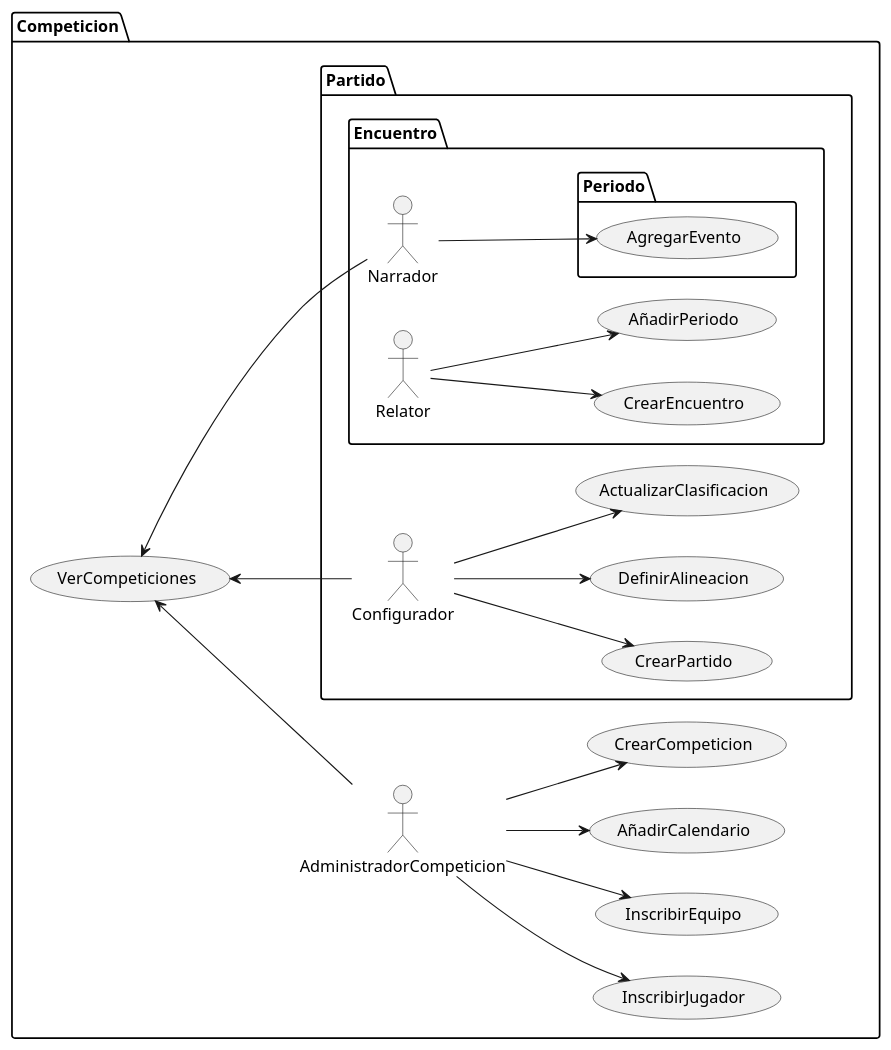
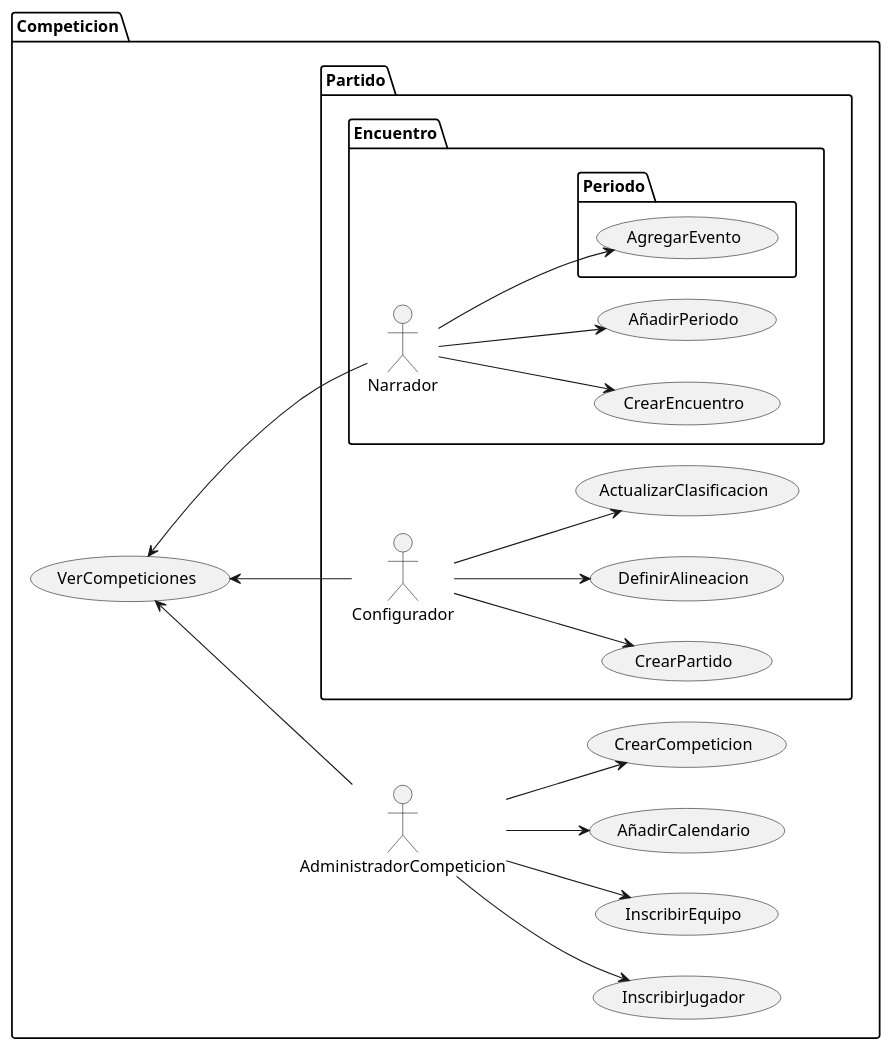
The diagram in actividades/002-appFutbol/RuizJavier/CódigosUML/CasosDeUso.puml (mmasias/IdSw1-22-23), drawn with PlantUML before and after one commit.

```diff
--- a/actividades/002-appFutbol/RuizJavier/CódigosUML/CasosDeUso.puml
+++ b/actividades/002-appFutbol/RuizJavier/CódigosUML/CasosDeUso.puml
@@ -1,58 +1,58 @@
 @startuml
 left to right direction
 
 package Competicion {
 
 	package Partido {
 
 		actor Configurador
 
 		usecase CrearPartido
 		usecase DefinirAlineacion
 		usecase ActualizarClasificacion
 
 		Configurador --> CrearPartido
 		Configurador --> DefinirAlineacion
 		Configurador --> ActualizarClasificacion
 
 
 		package Encuentro {
 
 			actor Narrador
 			usecase CrearEncuentro
 			usecase AñadirPeriodo
 
-			Relator --> CrearEncuentro
-			Relator --> AñadirPeriodo
+			Narrador--> CrearEncuentro
+			Narrador--> AñadirPeriodo
 
 			package Periodo {
 		
 				useCase AgregarEvento
 
 				Narrador --> AgregarEvento
 			}
 		}
 	}
 
 	actor AdministradorCompeticion   
 
 	usecase InscribirJugador
 	usecase InscribirEquipo
     usecase AñadirCalendario
     usecase CrearCompeticion
  
 	AdministradorCompeticion   --> InscribirEquipo
 	AdministradorCompeticion   --> InscribirJugador
     AdministradorCompeticion   --> AñadirCalendario
     AdministradorCompeticion   --> CrearCompeticion
 
     usecase VerCompeticiones
 
 	AdministradorCompeticion   -u-> VerCompeticiones
 	Configurador -u-> VerCompeticiones
 	Narrador -u-> VerCompeticiones
 
 }	
 
 
 @enduml
```
